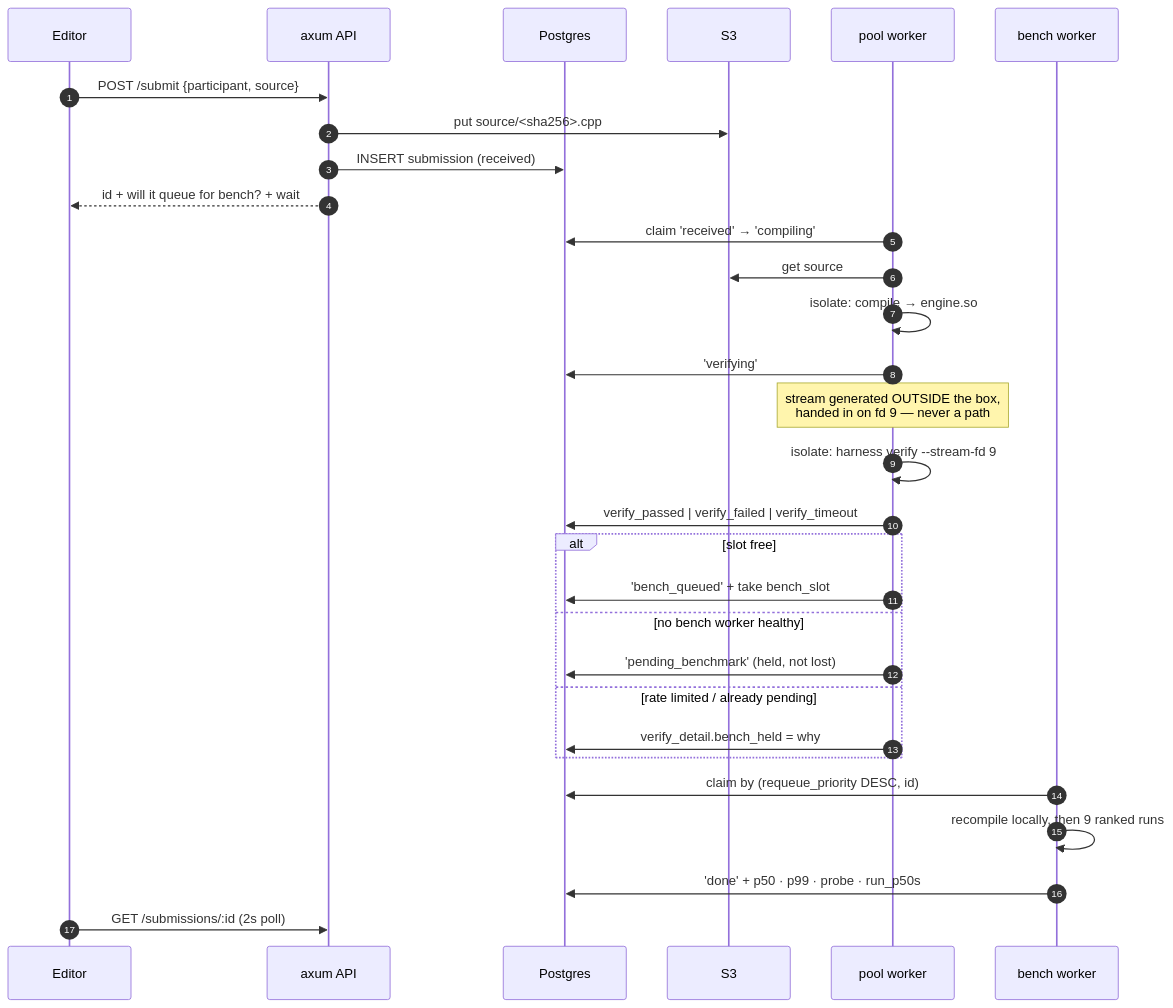
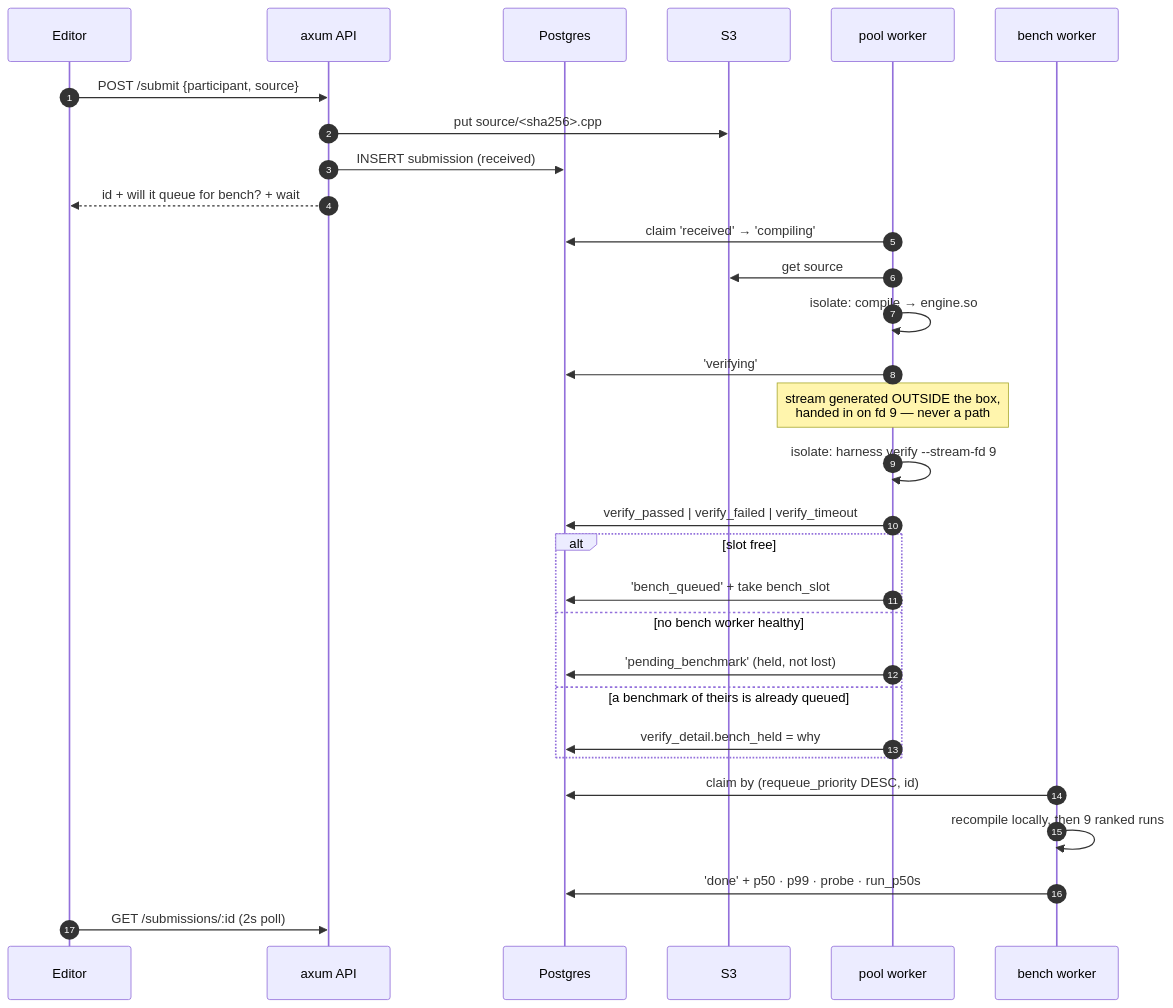
One commit to devesh0099/MatchBook changed the third of 7 diagrams in WALKTHROUGH.md. Above: the diagram before and after it, drawn with Mermaid. The commit also changed other lines of this file and 8 other files, not shown here.

````diff
--- a/WALKTHROUGH.md
+++ b/WALKTHROUGH.md
@@ -90,36 +90,36 @@
 ```mermaid
 sequenceDiagram
   autonumber
   participant U as Editor
   participant A as axum API
   participant DB as Postgres
   participant S3 as S3
   participant P as pool worker
   participant B as bench worker
 
   U->>A: POST /submit {participant, source}
   A->>S3: put source/<sha256>.cpp
   A->>DB: INSERT submission (received)
   A-->>U: id + will it queue for bench? + wait
 
   P->>DB: claim 'received' → 'compiling'
   P->>S3: get source
   P->>P: isolate: compile → engine.so
   P->>DB: 'verifying'
   Note over P: stream generated OUTSIDE the box,<br/>handed in on fd 9 — never a path
   P->>P: isolate: harness verify --stream-fd 9
   P->>DB: verify_passed | verify_failed | verify_timeout
 
   alt slot free
     P->>DB: 'bench_queued' + take bench_slot
   else no bench worker healthy
     P->>DB: 'pending_benchmark' (held, not lost)
-  else rate limited / already pending
+  else a benchmark of theirs is already queued
     P->>DB: verify_detail.bench_held = why
   end
 
   B->>DB: claim by (requeue_priority DESC, id)
   B->>B: recompile locally, then 9 ranked runs
   B->>DB: 'done' + p50 · p99 · probe · run_p50s
   U->>A: GET /submissions/:id (2s poll)
 ```
````
